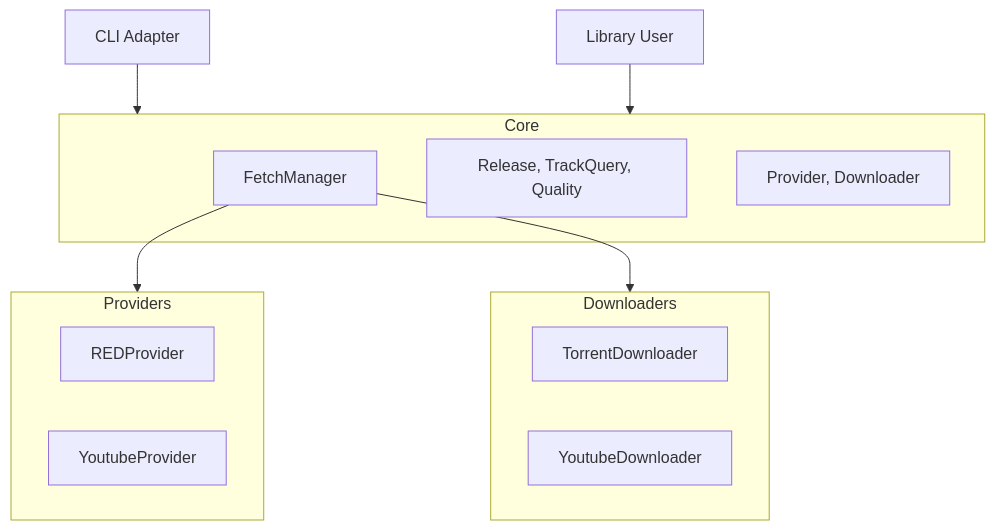
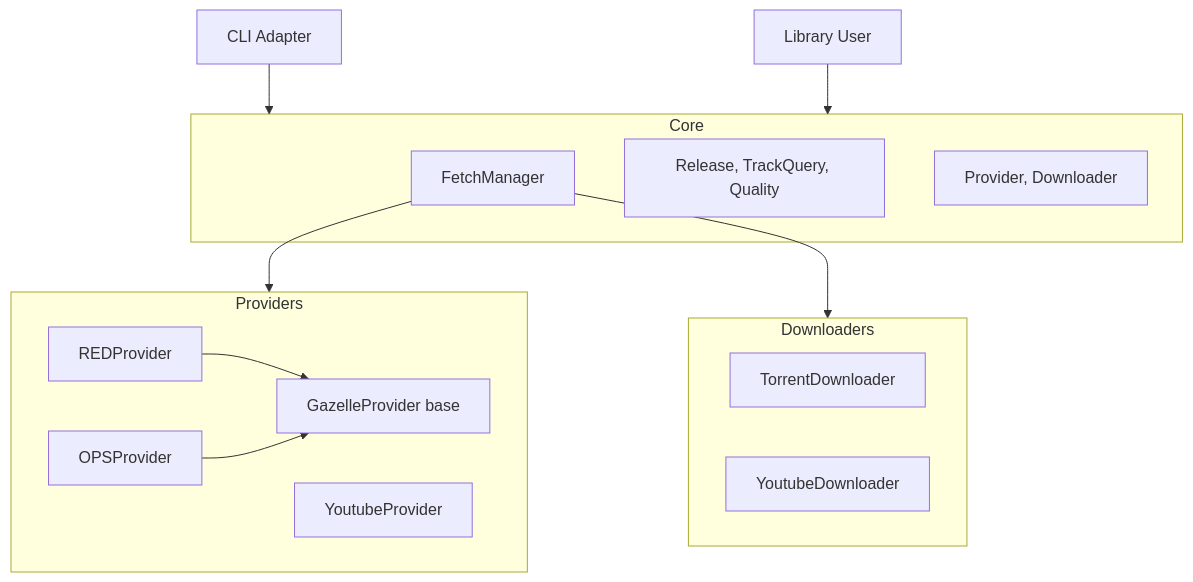
Before and after one commit to nomadkaraoke/flacfetch: the diagram in ARCHITECTURE.md, drawn with Mermaid. The commit also changed other lines of this file and 9 other files, not shown here.

````diff
--- a/ARCHITECTURE.md
+++ b/ARCHITECTURE.md
@@ -9,24 +9,28 @@
 ```mermaid
 graph TD
     CLI[CLI Adapter] --> Core
     Lib[Library User] --> Core
     
     subgraph Core
         FM[FetchManager]
         Models[Release, TrackQuery, Quality]
         Interfaces[Provider, Downloader]
     end
     
     FM --> Providers
     FM --> Downloaders
     
     subgraph Providers
+        Gazelle[GazelleProvider base]
         RED[REDProvider]
+        OPS[OPSProvider]
         YouTube[YoutubeProvider]
+        RED --> Gazelle
+        OPS --> Gazelle
     end
     
     subgraph Downloaders
         LibTorrent[TorrentDownloader]
         YtDlp[YoutubeDownloader]
     end
 ```
````
